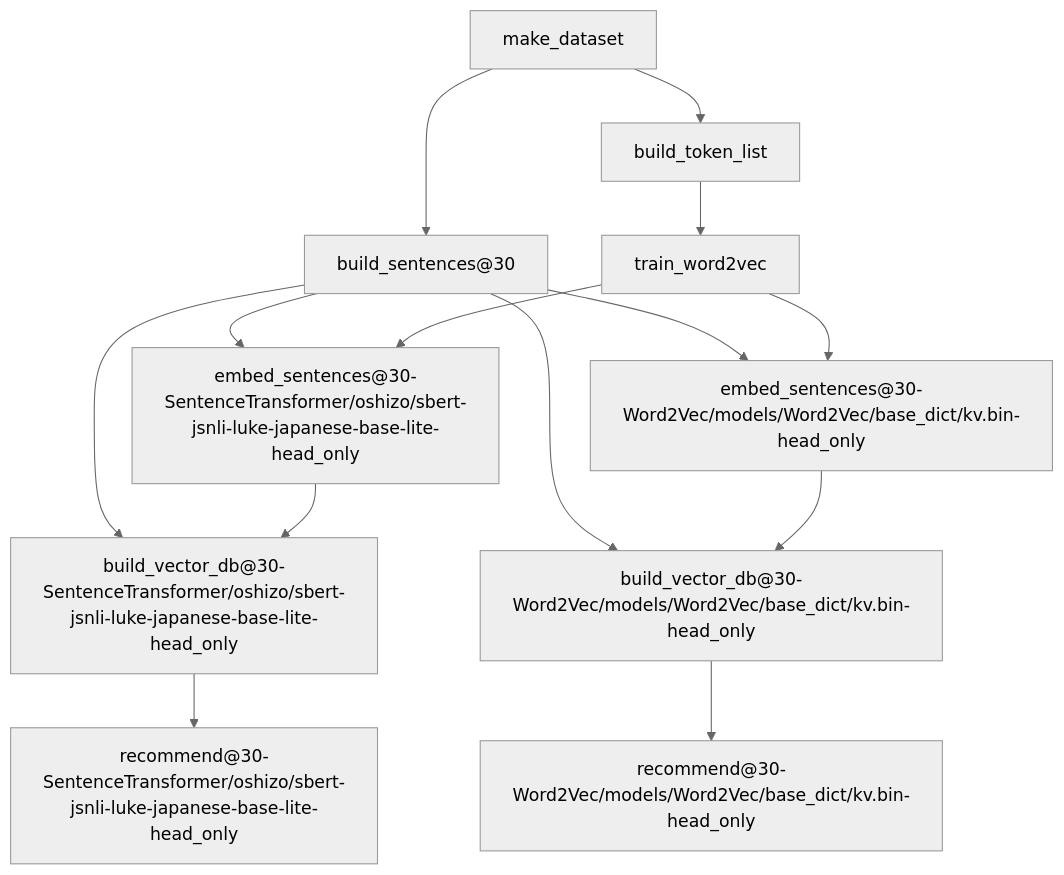
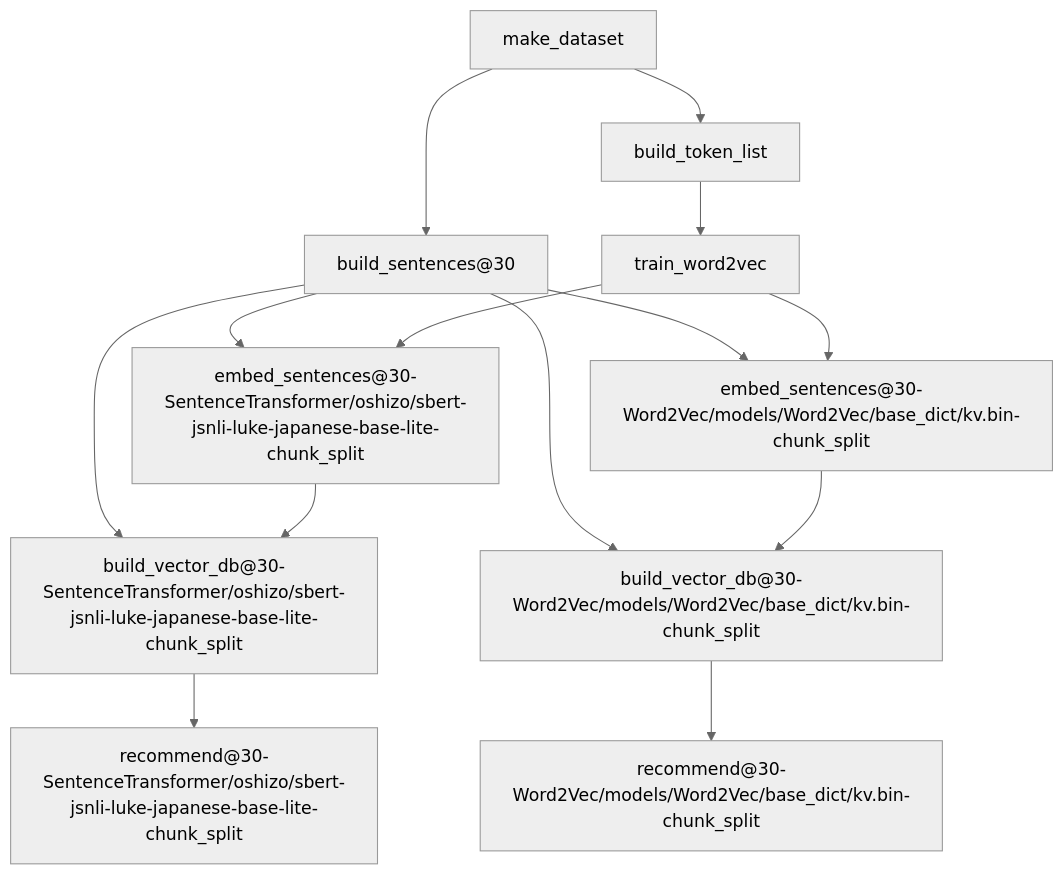
Before and after one commit to u-masao/embed-text-recommender: the diagram in PIPELINE.md, drawn with Mermaid (neutral theme).

Commit message:
[update] dvc repro

````diff
--- a/PIPELINE.md
+++ b/PIPELINE.md
@@ -1,26 +1,26 @@
 ```mermaid
 flowchart TD
 	node1["build_sentences@30"]
 	node2["build_token_list"]
-	node3["build_vector_db@30-SentenceTransformer/oshizo/sbert-jsnli-luke-japanese-base-lite-head_only"]
-	node4["build_vector_db@30-Word2Vec/models/Word2Vec/base_dict/kv.bin-head_only"]
-	node5["embed_sentences@30-SentenceTransformer/oshizo/sbert-jsnli-luke-japanese-base-lite-head_only"]
-	node6["embed_sentences@30-Word2Vec/models/Word2Vec/base_dict/kv.bin-head_only"]
+	node3["build_vector_db@30-SentenceTransformer/oshizo/sbert-jsnli-luke-japanese-base-lite-chunk_split"]
+	node4["build_vector_db@30-Word2Vec/models/Word2Vec/base_dict/kv.bin-chunk_split"]
+	node5["embed_sentences@30-SentenceTransformer/oshizo/sbert-jsnli-luke-japanese-base-lite-chunk_split"]
+	node6["embed_sentences@30-Word2Vec/models/Word2Vec/base_dict/kv.bin-chunk_split"]
 	node7["make_dataset"]
-	node8["recommend@30-SentenceTransformer/oshizo/sbert-jsnli-luke-japanese-base-lite-head_only"]
-	node9["recommend@30-Word2Vec/models/Word2Vec/base_dict/kv.bin-head_only"]
+	node8["recommend@30-SentenceTransformer/oshizo/sbert-jsnli-luke-japanese-base-lite-chunk_split"]
+	node9["recommend@30-Word2Vec/models/Word2Vec/base_dict/kv.bin-chunk_split"]
 	node10["train_word2vec"]
 	node1-->node3
 	node1-->node4
 	node1-->node5
 	node1-->node6
 	node2-->node10
 	node3-->node8
 	node4-->node9
 	node5-->node3
 	node6-->node4
 	node7-->node1
 	node7-->node2
 	node10-->node5
 	node10-->node6
 ```
````
